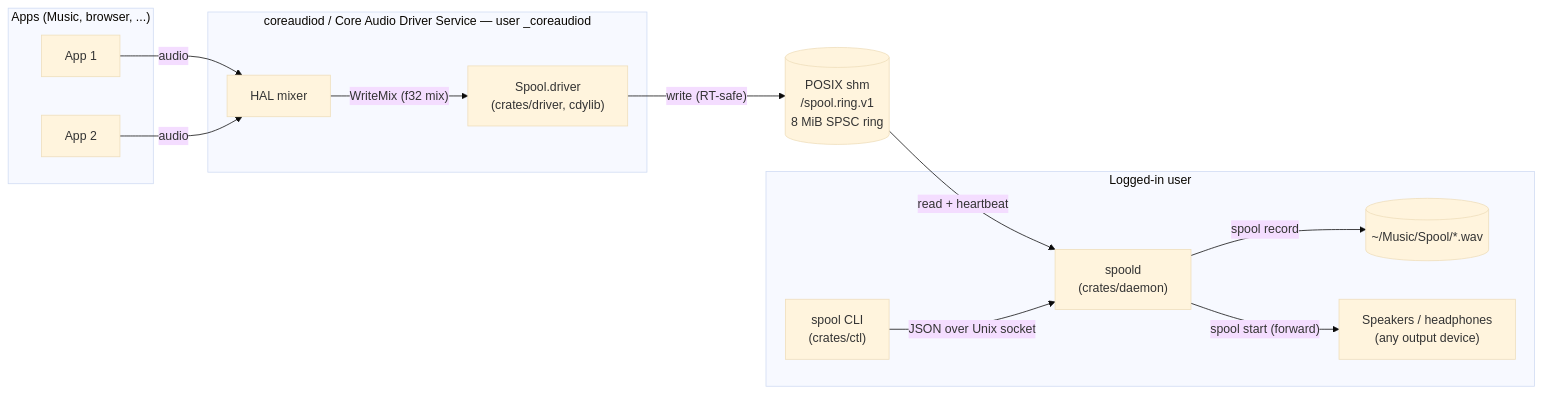
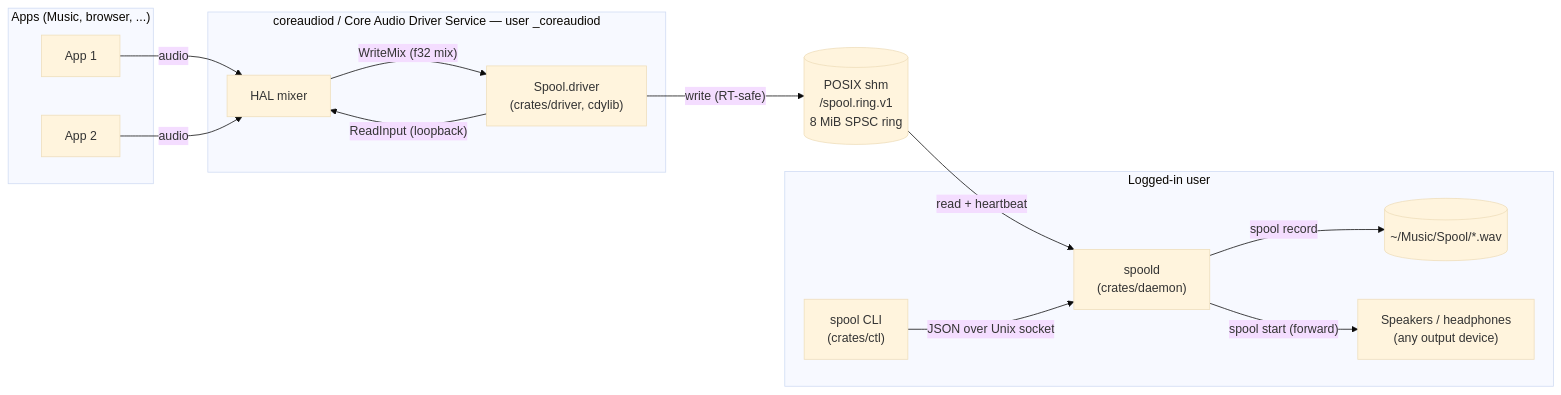
Before and after one commit to phil3k3/spool: the first of 13 diagrams in docs/ARCHITECTURE.md, drawn with Mermaid (base theme). The commit also changed other lines of this file and 7 other files, not shown here.

````diff
--- a/docs/ARCHITECTURE.md
+++ b/docs/ARCHITECTURE.md
@@ -13,30 +13,31 @@
 ```mermaid
 flowchart LR
     subgraph apps["Apps (Music, browser, ...)"]
         A1[App 1]
         A2[App 2]
     end
 
     subgraph ca["coreaudiod / Core Audio Driver Service — user _coreaudiod"]
         HAL[HAL mixer]
         DRV["Spool.driver<br/>(crates/driver, cdylib)"]
     end
 
     SHM[("POSIX shm<br/>/spool.ring.v1<br/>8 MiB SPSC ring")]
 
     subgraph user["Logged-in user"]
         D["spoold<br/>(crates/daemon)"]
         CLI["spool CLI<br/>(crates/ctl)"]
         WAV[("~/Music/Spool/*.wav")]
         HW["Speakers / headphones<br/>(any output device)"]
     end
 
     A1 -- audio --> HAL
     A2 -- audio --> HAL
     HAL -- "WriteMix (f32 mix)" --> DRV
+    DRV -- "ReadInput (loopback)" --> HAL
     DRV -- "write (RT-safe)" --> SHM
     SHM -- "read + heartbeat" --> D
     D -- "spool record" --> WAV
     D -- "spool start (forward)" --> HW
     CLI -- "JSON over Unix socket" --> D
 ```
````
